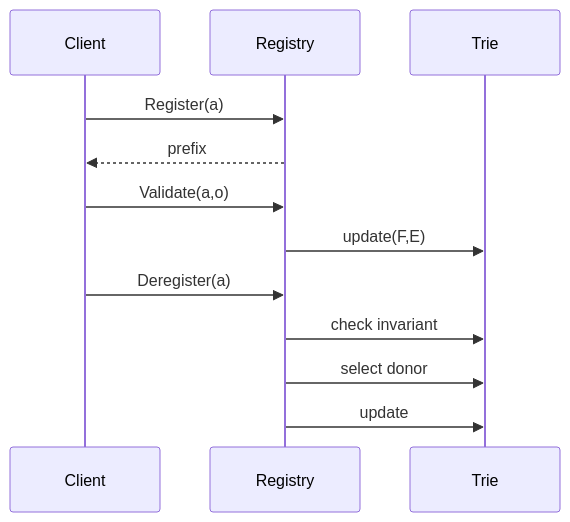
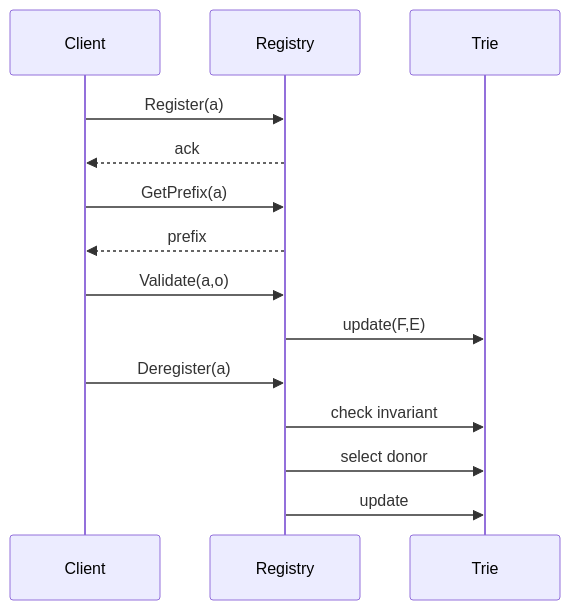
One commit to ethersphere/SWIPs changed the second of 2 diagrams in SWIPs/swip-39.md. Above: the diagram before and after it, drawn with Mermaid.

Commit message:
Fix sequence diagram to explicitly call GetPrefix(a) for prefix retrieval
Agent-Logs-Url: https://github.com/ethersphere/SWIPs/sessions/75fd50c7-db22-4203-882e-55095ee580c6

````diff
--- a/SWIPs/swip-39.md
+++ b/SWIPs/swip-39.md
@@ -191,15 +191,17 @@
 ```mermaid
 sequenceDiagram
     participant Client
     participant Registry
     participant Trie
 
     Client->>Registry: Register(a)
+    Registry-->>Client: ack
+    Client->>Registry: GetPrefix(a)
     Registry-->>Client: prefix
     Client->>Registry: Validate(a,o)
     Registry->>Trie: update(F,E)
     Client->>Registry: Deregister(a)
     Registry->>Trie: check invariant
     Registry->>Trie: select donor
     Registry->>Trie: update
 ```
````
